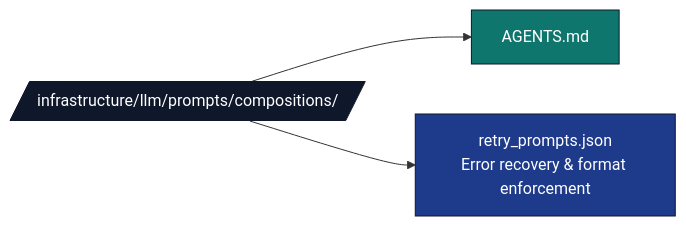
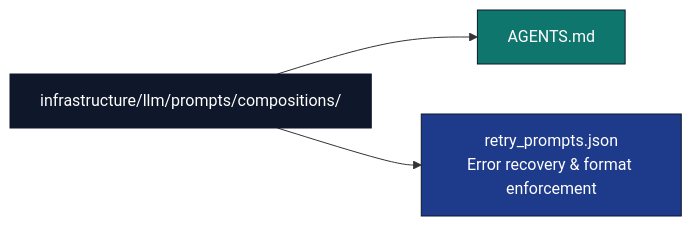
The diagram in infrastructure/llm/prompts/compositions/AGENTS.md (docxology/template), drawn with Mermaid before and after one commit. The commit also changed 94 other files, not shown here.

````diff
--- a/infrastructure/llm/prompts/compositions/AGENTS.md
+++ b/infrastructure/llm/prompts/compositions/AGENTS.md
@@ -13,13 +13,13 @@
 ```mermaid
 flowchart LR
-    C[/infrastructure/llm/prompts/compositions//]
+    C[infrastructure/llm/prompts/compositions/]
     C --> AG[AGENTS.md]
     C --> RP[retry_prompts.json<br/>Error recovery &amp; format enforcement]
 
     classDef d fill:#0f172a,stroke:#0f172a,color:#fff
     classDef code fill:#1e3a8a,stroke:#0f172a,color:#fff
     classDef doc fill:#0f766e,stroke:#0f172a,color:#fff
     class C d
     class RP code
     class AG doc
 ```
````
